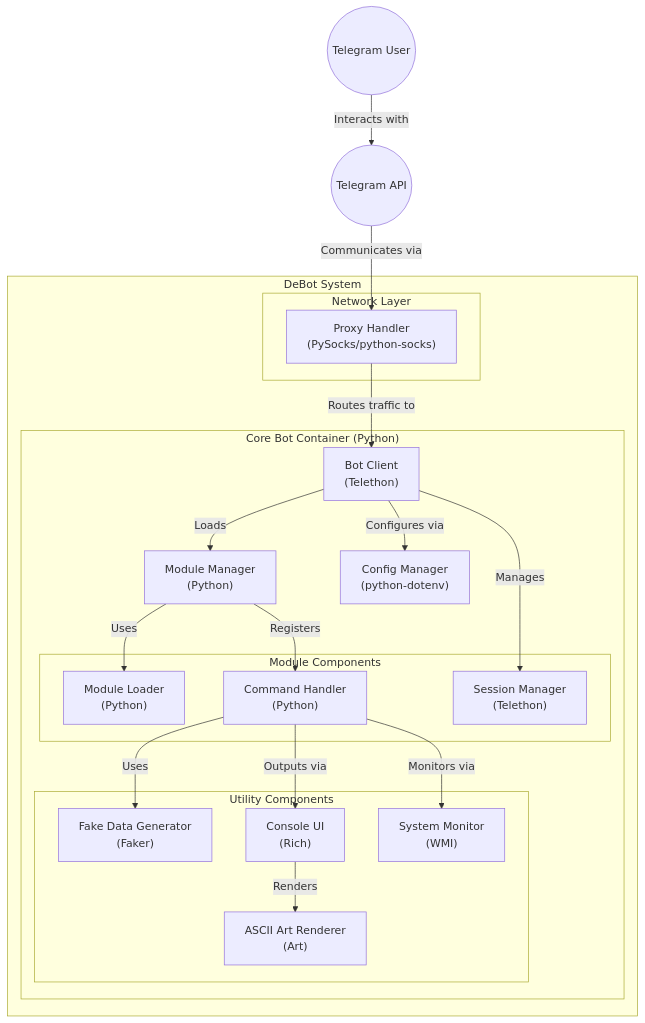
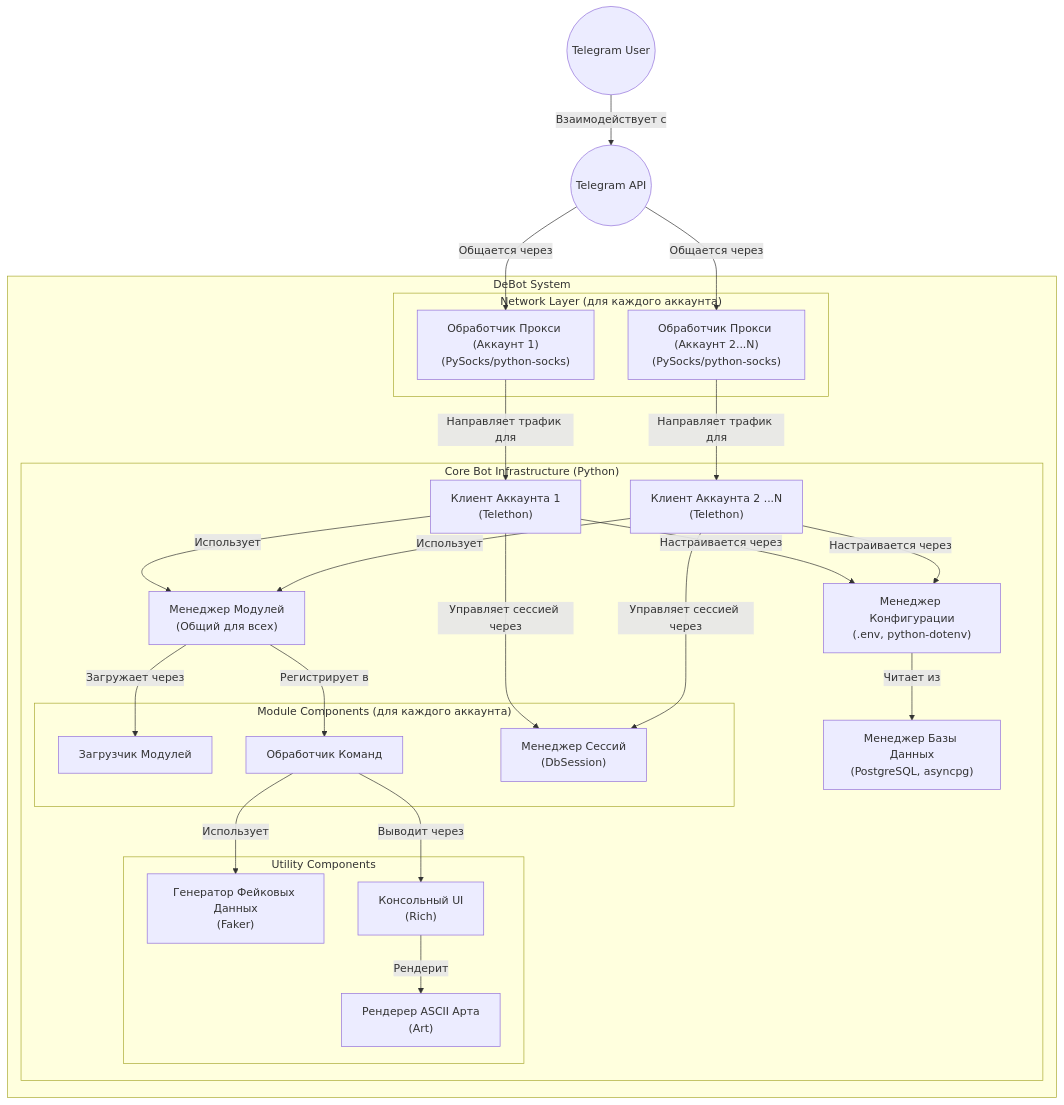
The diagram in README.md (DeBotCommunity/DeBot), drawn with Mermaid before and after one commit. The commit also changed other lines of this file and 3 other files, not shown here.

First line of the commit message:
feat: Implement multi-account support and per-account proxy settings

````diff
--- a/README.md
+++ b/README.md
@@ -9,48 +11,58 @@
 ```mermaid
 graph TB
     %% External Actors
     User((Telegram User))
     TelegramAPI((Telegram API))
 
     subgraph "DeBot System"
-        subgraph "Core Bot Container (Python)"
-            BotClient["Bot Client<br>(Telethon)"]
-            ModuleManager["Module Manager<br>(Python)"]
-            ConfigManager["Config Manager<br>(python-dotenv)"]
+        subgraph "Core Bot Infrastructure (Python)"
+            Account1Client["Клиент Аккаунта 1<br>(Telethon)"]
+            Account2Client["Клиент Аккаунта 2 ...N<br>(Telethon)"]
+            ModuleManager["Менеджер Модулей<br>(Общий для всех)"]
+            ConfigManager["Менеджер Конфигурации<br>(.env, python-dotenv)"]
+            DBManager["Менеджер Базы Данных<br>(PostgreSQL, asyncpg)"]
             
-            subgraph "Module Components"
-                ModuleLoader["Module Loader<br>(Python)"]
-                CommandHandler["Command Handler<br>(Python)"]
-                SessionManager["Session Manager<br>(Telethon)"]
+            subgraph "Module Components (для каждого аккаунта)"
+                ModuleLoader["Загрузчик Модулей"]
+                CommandHandler["Обработчик Команд"]
+                SessionManager["Менеджер Сессий<br>(DbSession)"]
             end
             
             subgraph "Utility Components"
-                FakeDataGen["Fake Data Generator<br>(Faker)"]
-                ConsoleUI["Console UI<br>(Rich)"]
-                ArtRenderer["ASCII Art Renderer<br>(Art)"]
-                SystemMonitor["System Monitor<br>(WMI)"]
+                FakeDataGen["Генератор Фейковых Данных<br>(Faker)"]
+                ConsoleUI["Консольный UI<br>(Rich)"]
+                ArtRenderer["Рендерер ASCII Арта<br>(Art)"]
             end
         end
 
-        subgraph "Network Layer"
-            ProxyHandler["Proxy Handler<br>(PySocks/python-socks)"]
+        subgraph "Network Layer (для каждого аккаунта)"
+            ProxyHandler1["Обработчик Прокси (Аккаунт 1)<br>(PySocks/python-socks)"]
+            ProxyHandler2["Обработчик Прокси (Аккаунт 2...N)<br>(PySocks/python-socks)"]
         end
     end
 
     %% Relationships
-    User -->|"Interacts with"| TelegramAPI
-    TelegramAPI -->|"Communicates via"| ProxyHandler
-    ProxyHandler -->|"Routes traffic to"| BotClient
+    User -->|"Взаимодействует с"| TelegramAPI
+    TelegramAPI -->|"Общается через"| ProxyHandler1
+    TelegramAPI -->|"Общается через"| ProxyHandler2
     
-    BotClient -->|"Loads"| ModuleManager
-    ModuleManager -->|"Uses"| ModuleLoader
-    ModuleManager -->|"Registers"| CommandHandler
-    BotClient -->|"Manages"| SessionManager
+    ProxyHandler1 -->|"Направляет трафик для"| Account1Client
+    ProxyHandler2 -->|"Направляет трафик для"| Account2Client
     
-    BotClient -->|"Configures via"| ConfigManager
+    Account1Client -->|"Использует"| ModuleManager
+    Account2Client -->|"Использует"| ModuleManager
     
-    CommandHandler -->|"Uses"| FakeDataGen
-    CommandHandler -->|"Outputs via"| ConsoleUI
-    ConsoleUI -->|"Renders"| ArtRenderer
-    CommandHandler -->|"Monitors via"| SystemMonitor
+    ModuleManager -->|"Загружает через"| ModuleLoader
+    ModuleManager -->|"Регистрирует в"| CommandHandler
+    
+    Account1Client -->|"Управляет сессией через"| SessionManager
+    Account2Client -->|"Управляет сессией через"| SessionManager
+    
+    Account1Client -->|"Настраивается через"| ConfigManager
+    Account2Client -->|"Настраивается через"| ConfigManager
+    ConfigManager -->|"Читает из"| DBManager
+    
+    CommandHandler -->|"Использует"| FakeDataGen
+    CommandHandler -->|"Выводит через"| ConsoleUI
+    ConsoleUI -->|"Рендерит"| ArtRenderer
 ```
````
